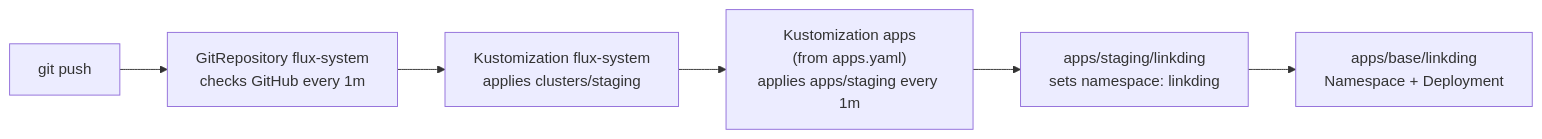
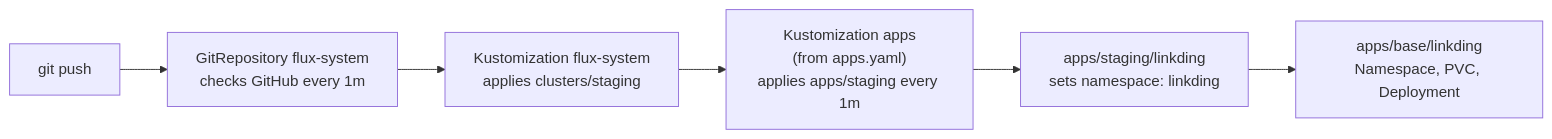
One commit to turpinator-x/homelab changed the diagram in docs/gitops-apps.md. Above: the diagram before and after it, drawn with Mermaid. The commit also changed other lines of this file, not shown here.

Commit message:
Document Linkding persistent storage and local-path trade-offs

````diff
--- a/docs/gitops-apps.md
+++ b/docs/gitops-apps.md
@@ -29,8 +30,8 @@
 ```mermaid
 flowchart LR
     C["git push"] --> GR["GitRepository flux-system<br>checks GitHub every 1m"]
     GR --> FS["Kustomization flux-system<br>applies clusters/staging"]
     FS --> A["Kustomization apps<br>(from apps.yaml)<br>applies apps/staging every 1m"]
     A --> O["apps/staging/linkding<br>sets namespace: linkding"]
-    O --> B["apps/base/linkding<br>Namespace + Deployment"]
+    O --> B["apps/base/linkding<br>Namespace, PVC, Deployment"]
 ```
````
